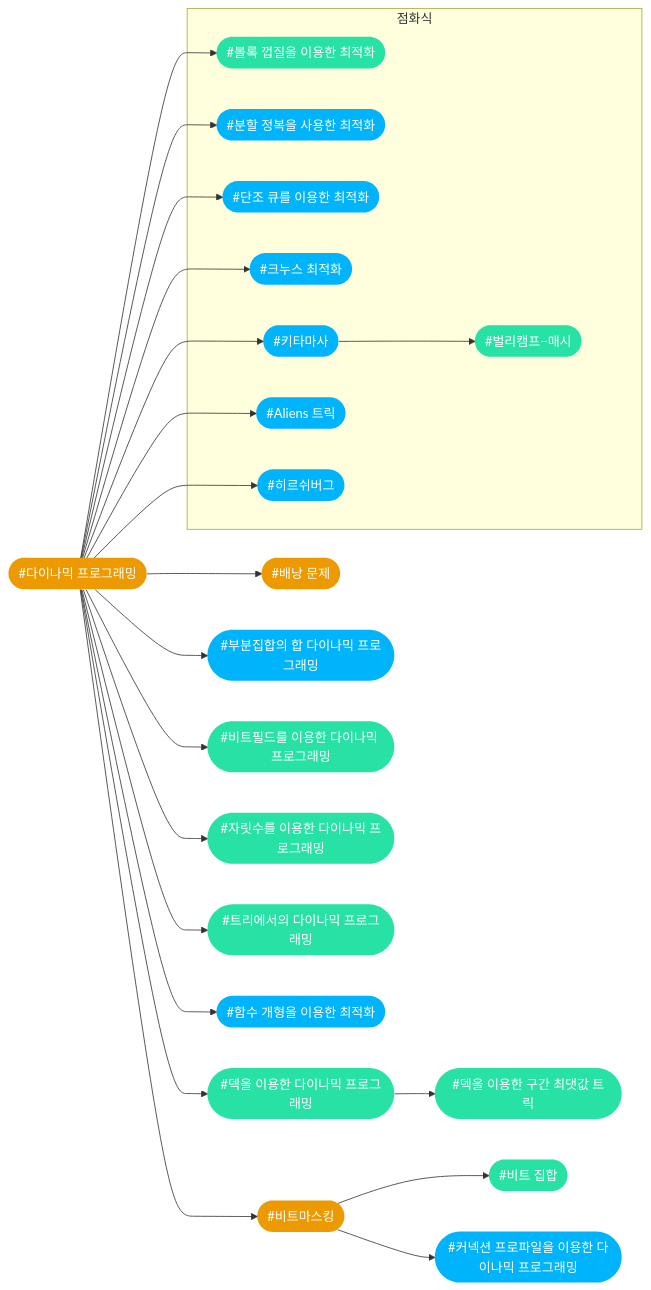
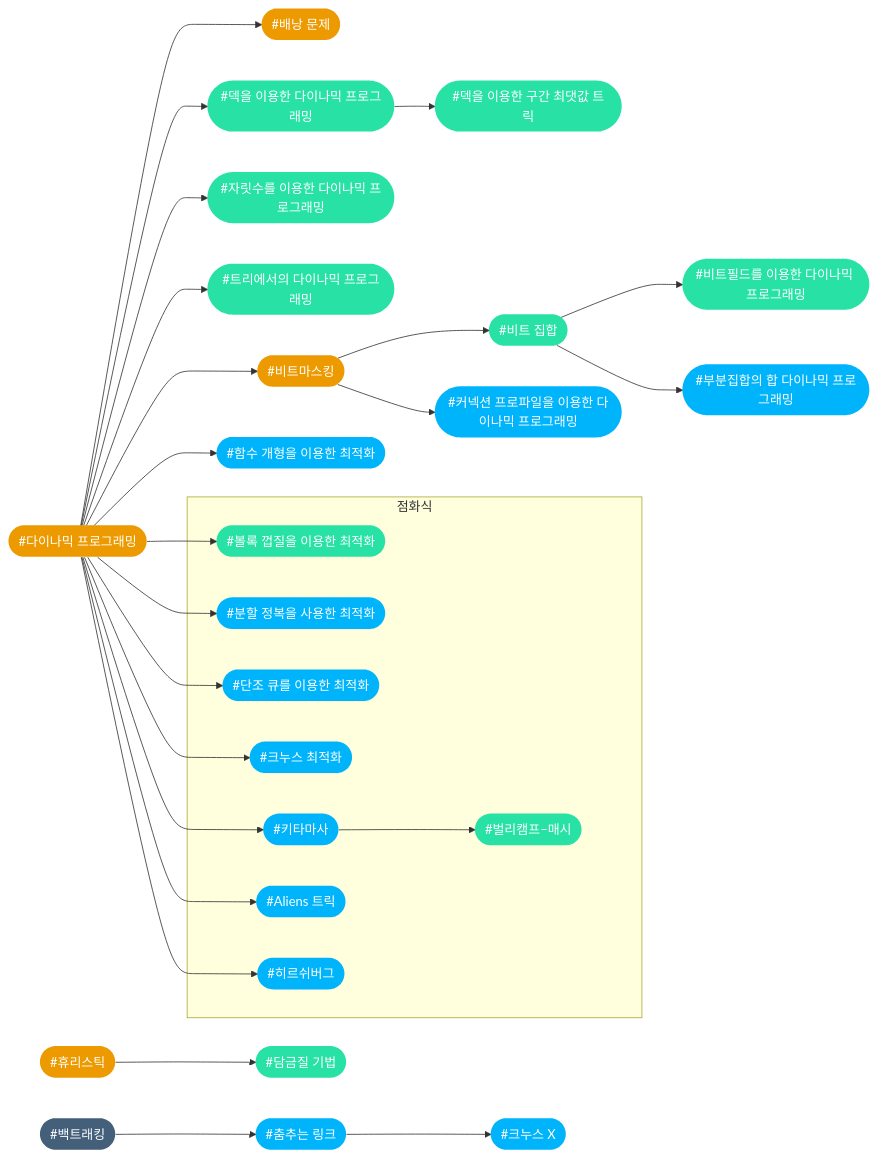
One commit to CHOYUNSIG/algorithm_with_boj changed diagram 13 of 14 in index.md. Above: the diagram before and after it, drawn with Mermaid. The commit also changed other lines of this file and 1 other file, not shown here.

Commit message:
태그 연결성 수정

```diff
--- a/index.md
+++ b/index.md
@@ -696,62 +694,70 @@
 <pre class="mermaid">
     graph LR
 
     #dp --> #knapsack
-    #dp --> #dp_sum_over_subsets
-    #dp --> #dp_bitfield
     #dp --> #dp_deque
     #dp --> #dp_digit
     #dp --> #dp_tree
     #dp --> #bitmask
     #dp --> #slope_trick
     #dp --> #cht
     #dp --> #divide_and_conquer_optimization
     #dp --> #monotone_queue_optimization
     #dp --> #knuth
     #dp --> #kitamasa
     #dp --> #alien
     #dp --> #hirschberg
     #kitamasa --> #berlekamp_massey
     #dp_deque --> #deque_trick
     #bitmask --> #bitset
     #bitmask --> #dp_connection_profile
+    #bitset --> #dp_bitfield
+    #bitset --> #dp_sum_over_subsets
+    #backtracking --> #dancing_links
+    #dancing_links --> #knuth_x
+    #heuristics --> #simulated_annealing
 
     subgraph 점화식
         #alien
         #monotone_queue_optimization
         #berlekamp_massey
         #cht
         #divide_and_conquer_optimization
         #knuth
         #kitamasa
         #hirschberg
     end
 
     #alien(["#Aliens 트릭"]):::tier4
     #dp(["#다이나믹 프로그래밍"]):::tier2
     #monotone_queue_optimization(["#단조 큐를 이용한 최적화"]):::tier4
+    #simulated_annealing(["#담금질 기법"]):::tier3
     #deque_trick(["#덱을 이용한 구간 최댓값 트릭"]):::tier3
     #dp_deque(["#덱을 이용한 다이나믹 프로그래밍"]):::tier3
     #knapsack(["#배낭 문제"]):::tier2
+    #backtracking(["#백트래킹"]):::tier1
     #berlekamp_massey(["#벌리캠프–매시"]):::tier3
     #cht(["#볼록 껍질을 이용한 최적화"]):::tier3
     #dp_sum_over_subsets(["#부분집합의 합 다이나믹 프로그래밍"]):::tier4
     #divide_and_conquer_optimization(["#분할 정복을 사용한 최적화"]):::tier4
     #bitset(["#비트 집합"]):::tier3
     #bitmask(["#비트마스킹"]):::tier2
     #dp_bitfield(["#비트필드를 이용한 다이나믹 프로그래밍"]):::tier3
     #dp_digit(["#자릿수를 이용한 다이나믹 프로그래밍"]):::tier3
+    #dancing_links(["#춤추는 링크"]):::tier4
     #dp_connection_profile(["#커넥션 프로파일을 이용한 다이나믹 프로그래밍"]):::tier4
+    #knuth_x(["#크누스 X"]):::tier4
     #knuth(["#크누스 최적화"]):::tier4
     #kitamasa(["#키타마사"]):::tier4
     #dp_tree(["#트리에서의 다이나믹 프로그래밍"]):::tier3
     #slope_trick(["#함수 개형을 이용한 최적화"]):::tier4
+    #heuristics(["#휴리스틱"]):::tier2
     #hirschberg(["#히르쉬버그"]):::tier4
 
     classDef tier0 fill:#ad5600, color:#fff, stroke:#0000
     classDef tier1 fill:#435f7a, color:#fff, stroke:#0000
     classDef tier2 fill:#ec9a00, color:#fff, stroke:#0000
     classDef tier3 fill:#27e2a4, color:#fff, stroke:#0000
     classDef tier4 fill:#00b4fc, color:#fff, stroke:#0000
     classDef tier5 fill:#ff0062, color:#fff, stroke:#0000
 </pre>
```
